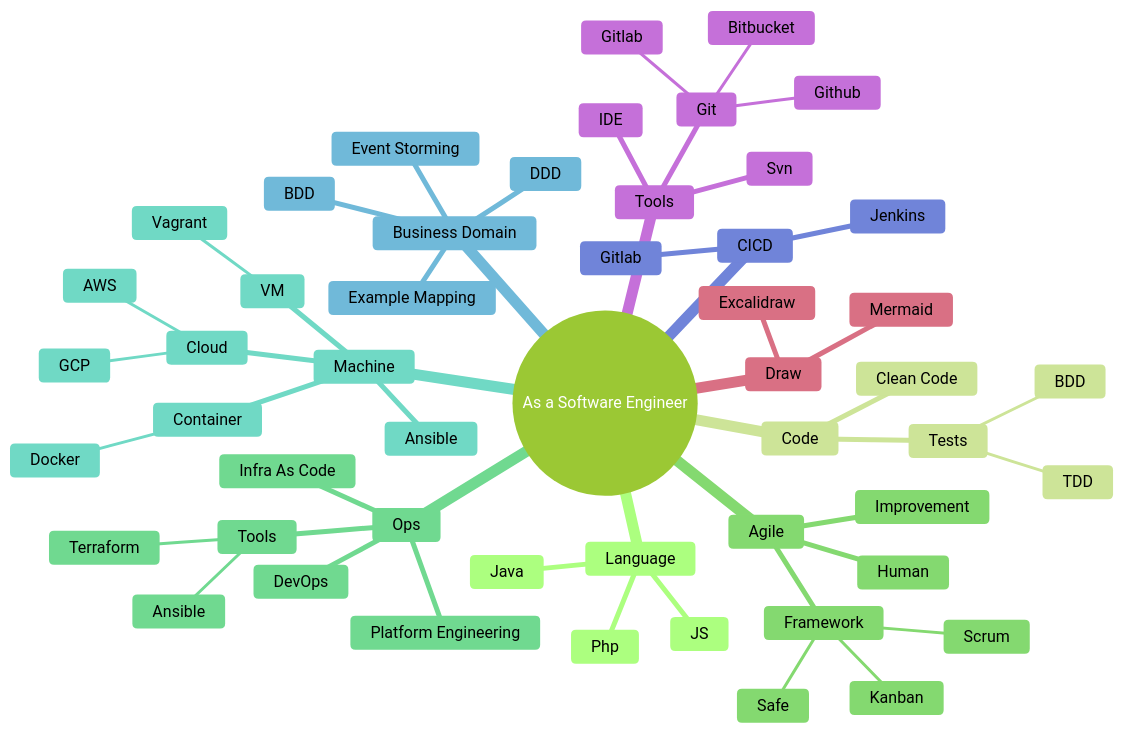
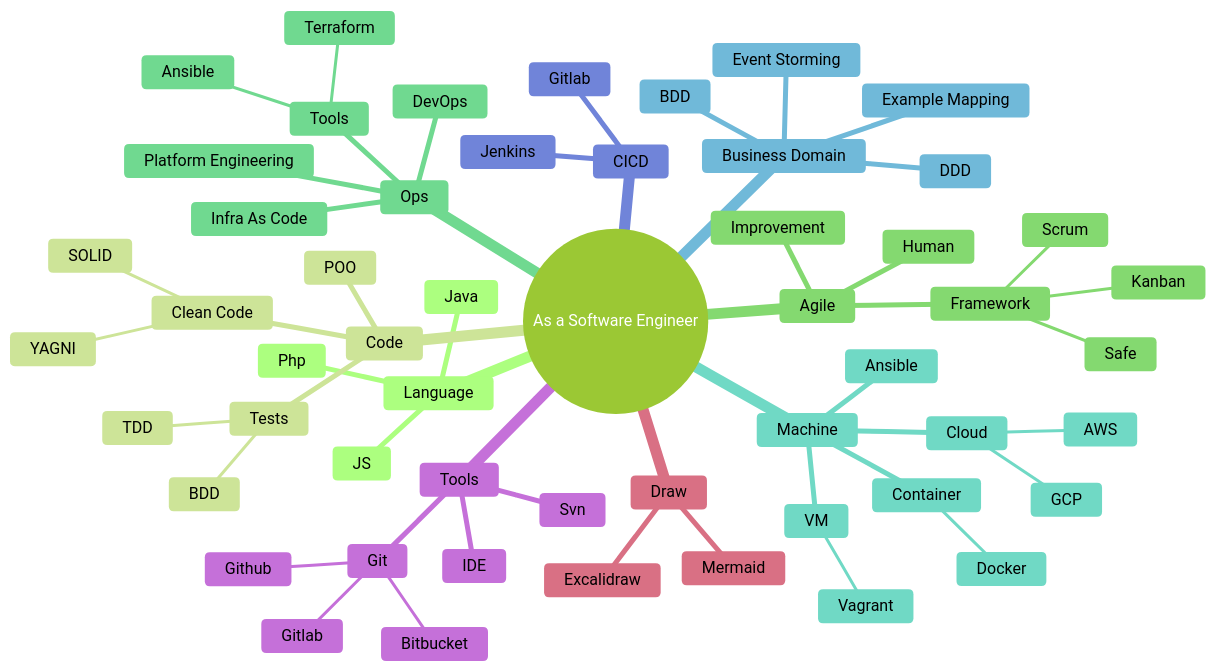
One commit to tanguybernard/computer-science-knowledge changed the diagram in README.md. Above: the diagram before and after it, drawn with Mermaid (forest theme).

````diff
--- a/README.md
+++ b/README.md
@@ -8,54 +8,57 @@
 ```mermaid
 mindmap
   root((As a Software Engineer))
     Language
       Php
       JS
       Java
     Code
+      POO  
       Clean Code
+        SOLID
+        YAGNI
       Tests
         TDD
         BDD
     Agile
       Human
       Improvement
       Framework
         Scrum
         Kanban
         Safe
     Ops
       DevOps
       Infra As Code
       Platform Engineering
       Tools
         Ansible
         Terraform
     Machine
       VM
         Vagrant
       Ansible
       Container
         Docker
       Cloud
         AWS
         GCP
     Business Domain
       DDD
       BDD
       Event Storming
       Example Mapping
     CICD
       Jenkins
       Gitlab
     Tools
       IDE
       Svn
       Git
         Github
         Gitlab
         Bitbucket
     Draw
       Excalidraw
       Mermaid
 ```
````
